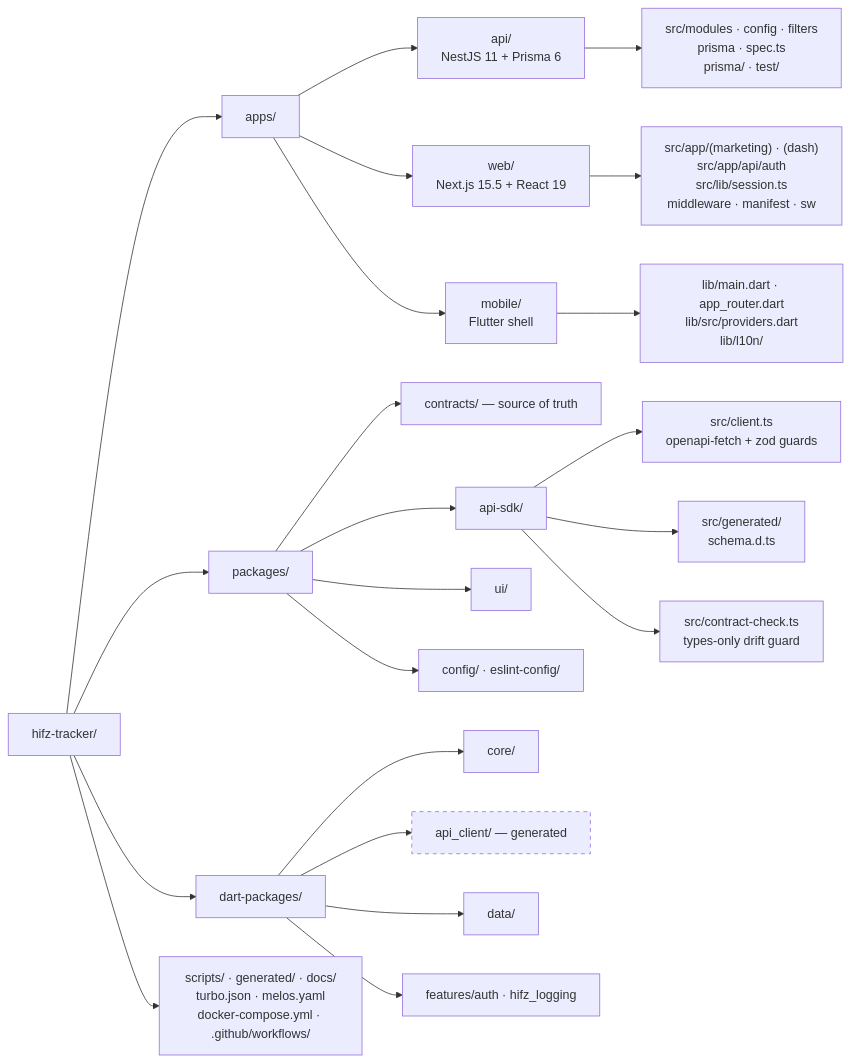
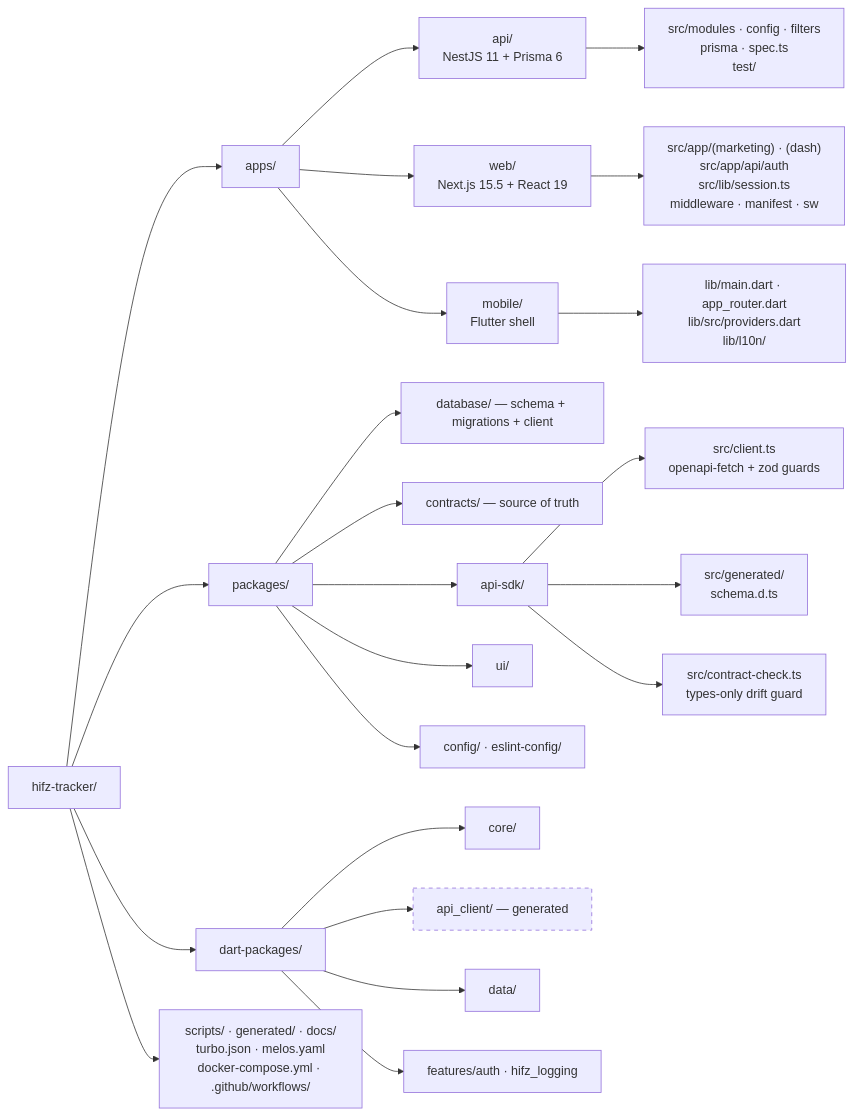
One commit to Youssef548/hifz-tracker changed the second of 2 diagrams in docs/architecture/README.md. Above: the diagram before and after it, drawn with Mermaid. The commit also changed 25 other files, not shown here.

First line of the commit message:
feat(database): extract @hifz/database out of the API

````diff
--- a/docs/architecture/README.md
+++ b/docs/architecture/README.md
@@ -86,34 +86,35 @@
 ```mermaid
 flowchart LR
   ROOT["hifz-tracker/"]
 
   ROOT --> APPS["apps/"]
   ROOT --> PKGS["packages/"]
   ROOT --> DPKGS["dart-packages/"]
   ROOT --> TOOLS["scripts/ · generated/ · docs/<br/>turbo.json · melos.yaml<br/>docker-compose.yml · .github/workflows/"]
 
   APPS --> API["api/<br/>NestJS 11 + Prisma 6"]
   APPS --> WEB["web/<br/>Next.js 15.5 + React 19"]
   APPS --> MOBILE["mobile/<br/>Flutter shell"]
 
-  API --> APISRC["src/modules · config · filters<br/>prisma · spec.ts<br/>prisma/ · test/"]
+  API --> APISRC["src/modules · config · filters<br/>prisma · spec.ts<br/>test/"]
   WEB --> WEBSRC["src/app/(marketing) · (dash)<br/>src/app/api/auth<br/>src/lib/session.ts<br/>middleware · manifest · sw"]
   MOBILE --> MOBILESRC["lib/main.dart · app_router.dart<br/>lib/src/providers.dart<br/>lib/l10n/"]
 
+  PKGS --> DBB["database/ — schema + migrations + client"]
   PKGS --> CONTRACTS["contracts/ — source of truth"]
   PKGS --> SDKB["api-sdk/"]
   PKGS --> UIB["ui/"]
   PKGS --> CFGB["config/ · eslint-config/"]
 
   SDKB --> SDKB1["src/client.ts<br/>openapi-fetch + zod guards"]
   SDKB --> SDKB2["src/generated/<br/>schema.d.ts"]
   SDKB --> SDKB3["src/contract-check.ts<br/>types-only drift guard"]
 
   DPKGS --> COREB["core/"]
   DPKGS --> ACD["api_client/ — generated"]
   DPKGS --> DATAB["data/"]
   DPKGS --> FEATB["features/auth · hifz_logging"]
 
   classDef generated stroke-dasharray: 5 5
   class ACD generated
 ```
````
